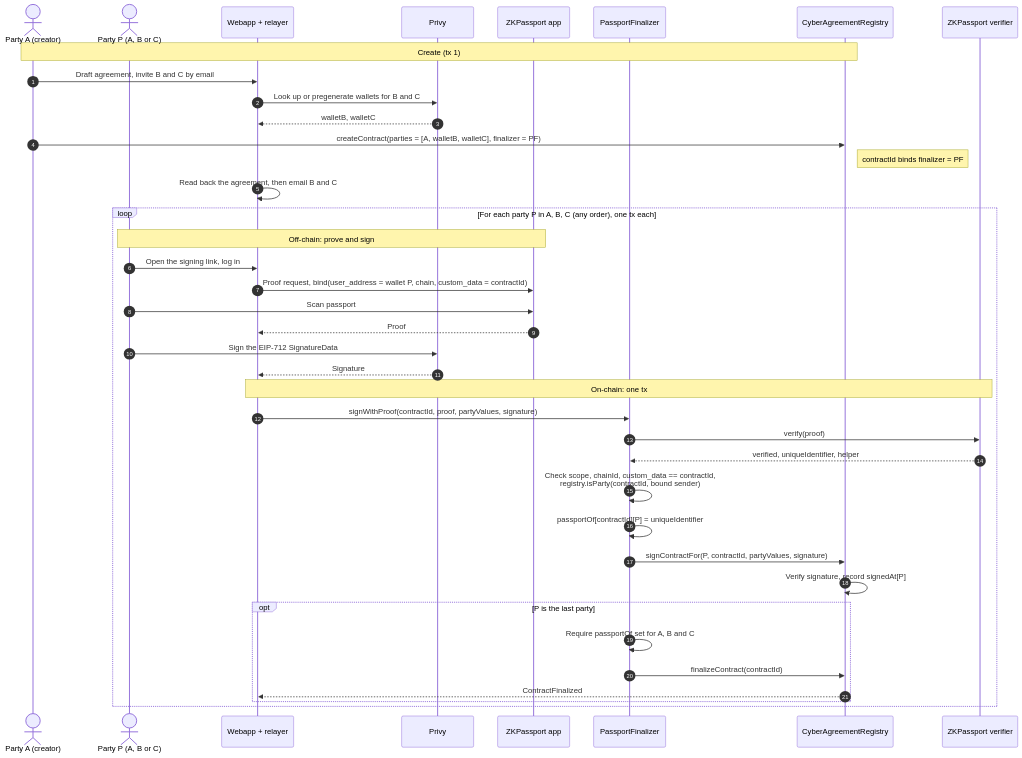
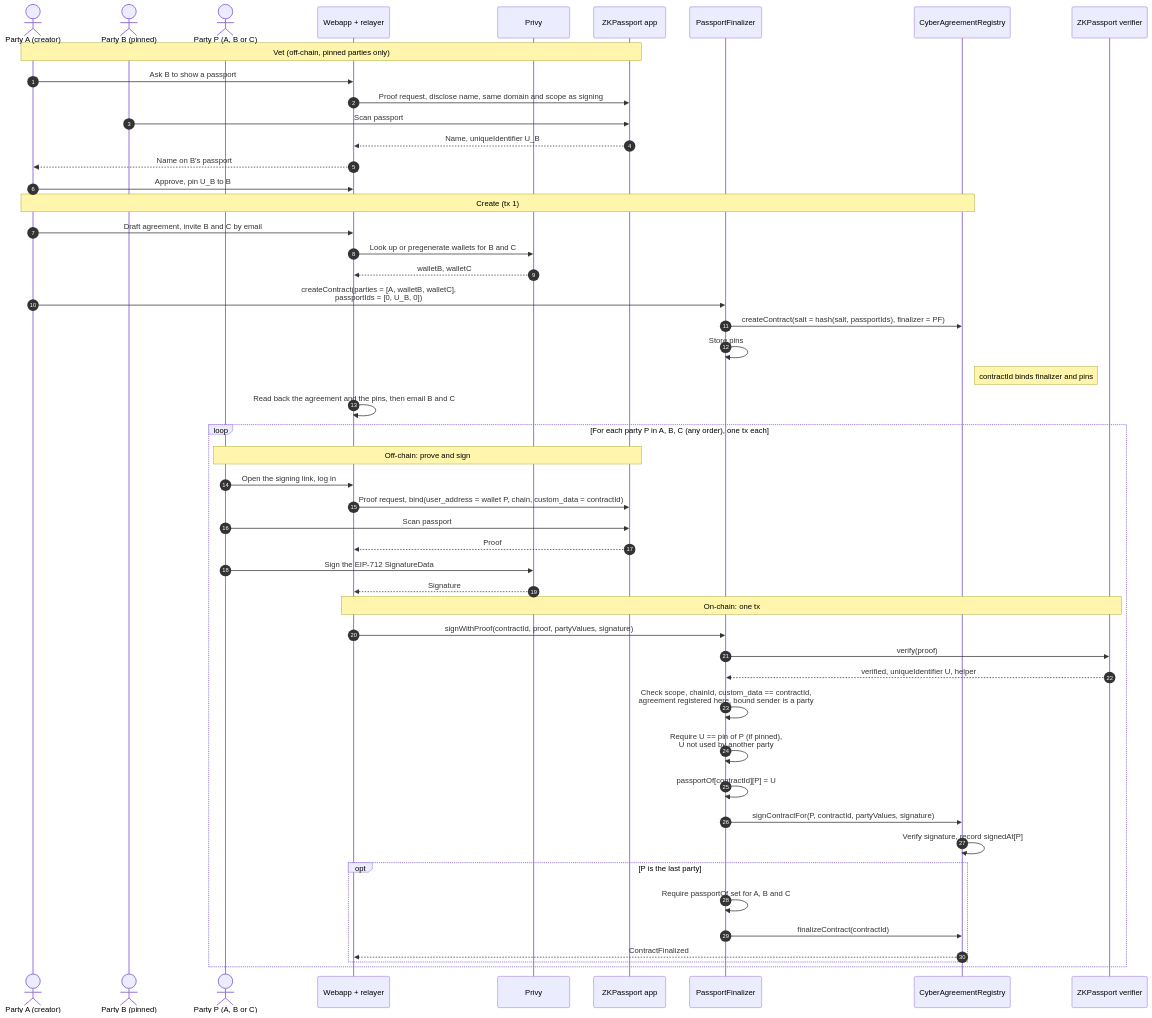
One commit to MetaLex-Tech/cybercorps-contracts changed the diagram in specs/analysis/cyberagreement-zkpassport-gate.md. Above: the diagram before and after it, drawn with Mermaid. The commit also changed other lines of this file, not shown here.

Commit message:
feat: offchain passport vetting workflow. Onchain Passport ID validation and pinning

````diff
--- a/specs/analysis/cyberagreement-zkpassport-gate.md
+++ b/specs/analysis/cyberagreement-zkpassport-gate.md
@@ -23,44 +36,56 @@
 ```mermaid
 sequenceDiagram
     autonumber
     actor A as Party A (creator)
+    actor B as Party B (pinned)
     actor P as Party P (A, B or C)
     participant App as Webapp + relayer
     participant Privy
     participant ZKP as ZKPassport app
     participant PF as PassportFinalizer
     participant Reg as CyberAgreementRegistry
     participant V as ZKPassport verifier
 
+    Note over A,ZKP: Vet (off-chain, pinned parties only)
+    A->>App: Ask B to show a passport
+    App->>ZKP: Proof request, disclose name, same domain and scope as signing
+    B->>ZKP: Scan passport
+    ZKP-->>App: Name, uniqueIdentifier U_B
+    App-->>A: Name on B's passport
+    A->>App: Approve, pin U_B to B
+
     Note over A,Reg: Create (tx 1)
     A->>App: Draft agreement, invite B and C by email
     App->>Privy: Look up or pregenerate wallets for B and C
     Privy-->>App: walletB, walletC
-    A->>Reg: createContract(parties = [A, walletB, walletC], finalizer = PF)
-    Note right of Reg: contractId binds finalizer = PF
-    App->>App: Read back the agreement, then email B and C
+    A->>PF: createContract(parties = [A, walletB, walletC],<br/>passportIds = [0, U_B, 0])
+    PF->>Reg: createContract(salt = hash(salt, passportIds), finalizer = PF)
+    PF->>PF: Store pins
+    Note right of Reg: contractId binds finalizer and pins
+    App->>App: Read back the agreement and the pins, then email B and C
 
     loop For each party P in A, B, C (any order), one tx each
         Note over P,ZKP: Off-chain: prove and sign
         P->>App: Open the signing link, log in
         App->>ZKP: Proof request, bind(user_address = wallet P, chain, custom_data = contractId)
         P->>ZKP: Scan passport
         ZKP-->>App: Proof
         P->>Privy: Sign the EIP-712 SignatureData
         Privy-->>App: Signature
 
         Note over App,V: On-chain: one tx
         App->>PF: signWithProof(contractId, proof, partyValues, signature)
         PF->>V: verify(proof)
-        V-->>PF: verified, uniqueIdentifier, helper
-        PF->>PF: Check scope, chainId, custom_data == contractId,<br/>registry.isParty(contractId, bound sender)
-        PF->>PF: passportOf[contractId][P] = uniqueIdentifier
+        V-->>PF: verified, uniqueIdentifier U, helper
+        PF->>PF: Check scope, chainId, custom_data == contractId,<br/>agreement registered here, bound sender is a party
+        PF->>PF: Require U == pin of P (if pinned),<br/>U not used by another party
+        PF->>PF: passportOf[contractId][P] = U
         PF->>Reg: signContractFor(P, contractId, partyValues, signature)
         Reg->>Reg: Verify signature, record signedAt[P]
         opt P is the last party
             PF->>PF: Require passportOf set for A, B and C
             PF->>Reg: finalizeContract(contractId)
             Reg-->>App: ContractFinalized
         end
     end
 ```
````
